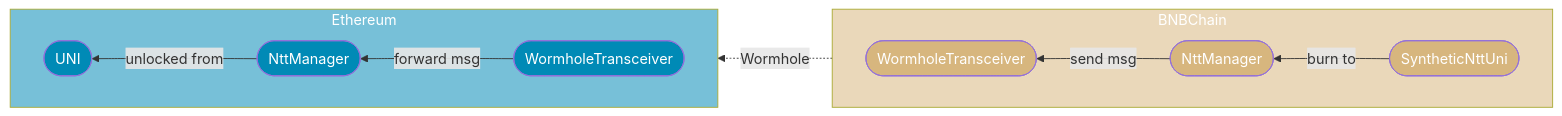
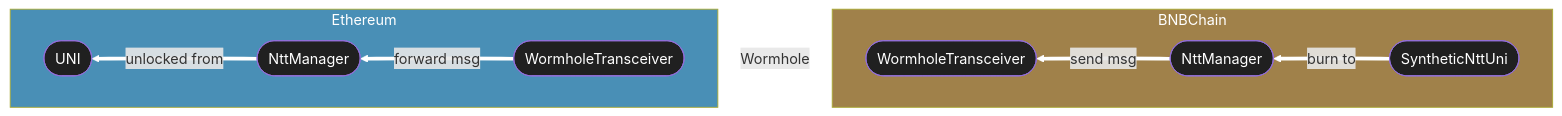
Before and after one commit to Uniswap/protocol-fees: the third of 7 diagrams in script/proposal-4/Index.md, drawn with Mermaid. The commit also changed other lines of this file, not shown here.

````diff
--- a/script/proposal-4/Index.md
+++ b/script/proposal-4/Index.md
@@ -144,28 +149,31 @@
 ```mermaid
 flowchart RL
-    ETH_WT([WormholeTransceiver]):::on_eth
-    ETH_NTT([NttManager]):::on_eth
-    ETH_UNI([UNI]):::on_eth
-    BNB_WT([WormholeTransceiver]):::on_bnb
-    BNB_NTT([NttManager]):::on_bnb
-    BNB_UNI([SyntheticNttUni]):::on_bnb
+    ETH_WT([WormholeTransceiver])
+    ETH_NTT([NttManager])
+    ETH_UNI([UNI])
+    BNB_WT([WormholeTransceiver])
+    BNB_NTT([NttManager])
+    BNB_UNI([SyntheticNttUni])
 
     subgraph Ethereum
         direction RL
         ETH_WT -->|forward msg| ETH_NTT
         ETH_NTT -->|unlocked from| ETH_UNI
     end
 
-    BNBChain:::bnb -.->|Wormhole| Ethereum:::eth
+    BNBChain -.->|Wormhole| Ethereum
 
     subgraph BNBChain
         direction RL
         BNB_UNI -->|burn to| BNB_NTT
         BNB_NTT -->|send msg| BNB_WT
     end
 
-    classDef bnb fill:#d7b67e88,color:#fff
-    classDef on_bnb fill:#d7b67e,color:#fff
-    classDef eth fill:#008ab688,color:#fff
-    classDef on_eth fill:#008ab6,color:#fff
+    Ethereum:::on_eth
+    BNBChain:::on_bnb
+
+    linkStyle default stroke:#fff,stroke-width:4px
+    classDef default fill:#202020,color:#fff
+    classDef on_bnb fill:#a0814a,color:#fff
+    classDef on_eth fill:#498fb6,color:#fff
 ```
````
